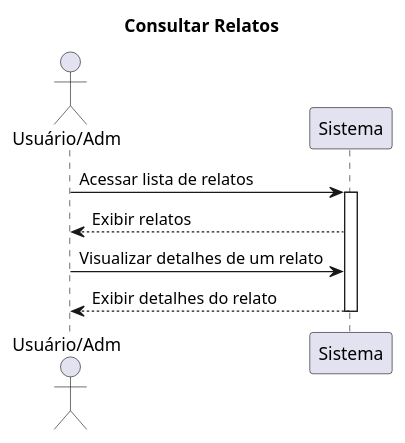
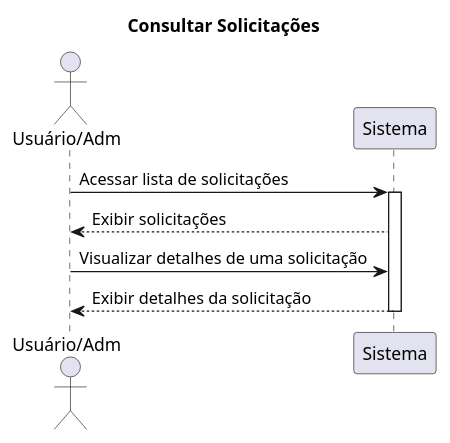
One commit to RenataArdito/Alerta-ADS changed the fourth of 4 diagrams in SequenceDiagram.md. Above: the diagram before and after it, drawn with PlantUML. The commit also changed other lines of this file, not shown here.

````diff
--- a/SequenceDiagram.md
+++ b/SequenceDiagram.md
@@ -59,21 +56,21 @@
 ```plantuml
 @startuml
 
-title Consultar Relatos
+title Consultar Solicitações
 
 actor "Usuário/Adm" as usr
 participant "Sistema" as sis
 
-usr -> sis: Acessar lista de relatos
+usr -> sis: Acessar lista de solicitações
 activate sis
 
-sis --> usr: Exibir relatos 
+sis --> usr: Exibir solicitações 
 
-usr -> sis: Visualizar detalhes de um relato
+usr -> sis: Visualizar detalhes de uma solicitação
 
-sis --> usr: Exibir detalhes do relato
+sis --> usr: Exibir detalhes da solicitação
 
 deactivate sis
 
 @enduml
 ```
````
